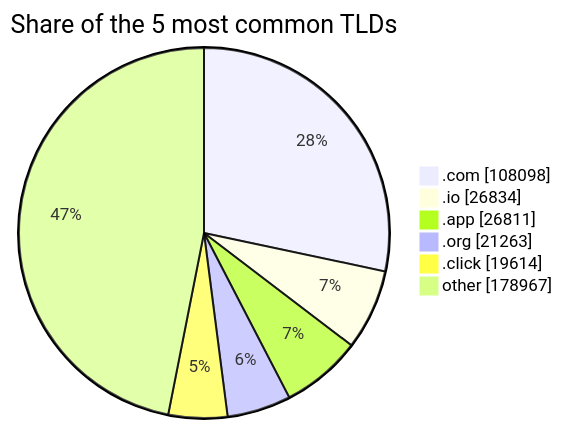
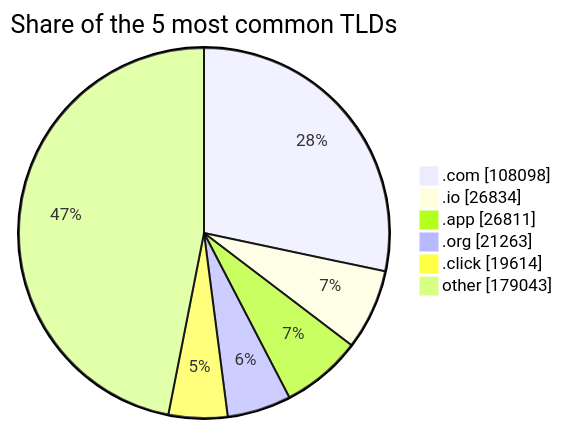
The third of 3 diagrams in README.md (DNSBunker/CTI), drawn with Mermaid before and after one commit. The commit also changed other lines of this file and 3 other files, not shown here.

````diff
--- a/README.md
+++ b/README.md
@@ -81,9 +81,9 @@
 ```mermaid
 pie showData title Share of the 5 most common TLDs
     ".com" : 108098
     ".io" : 26834
     ".app" : 26811
     ".org" : 21263
     ".click" : 19614
-    "other" : 178967
+    "other" : 179043
 ```
````
